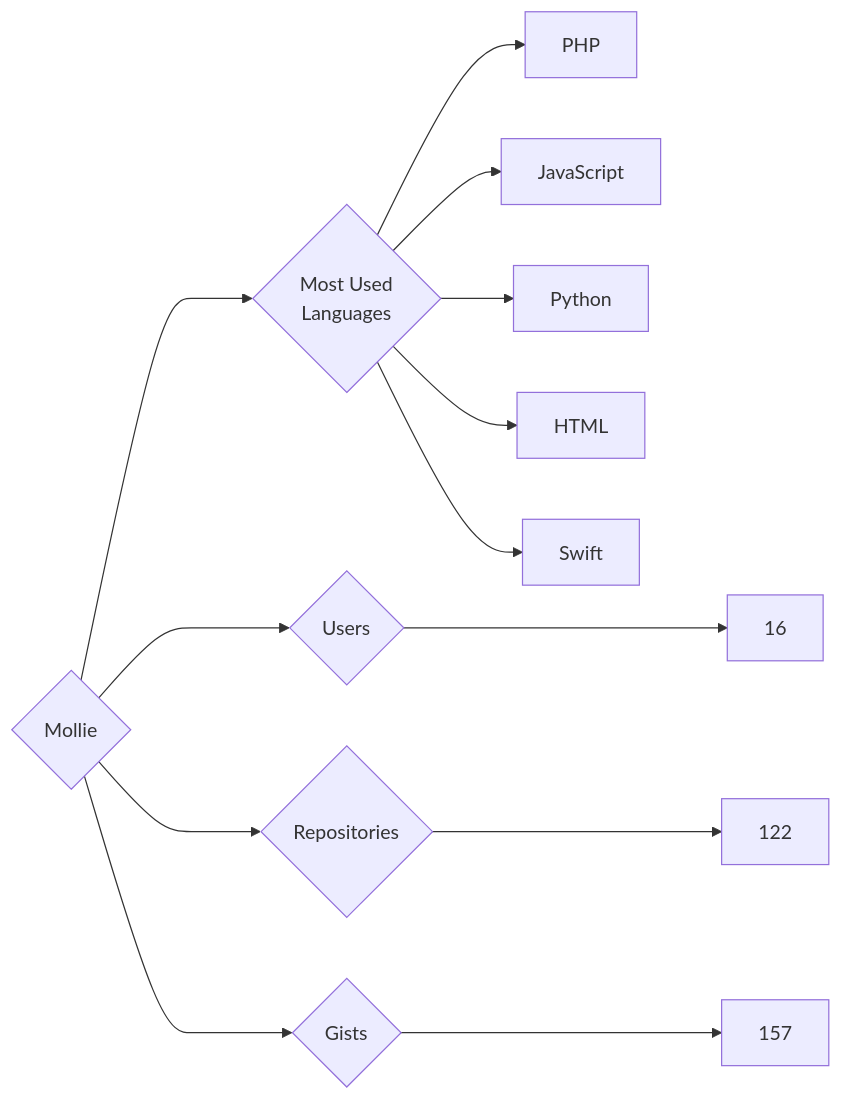
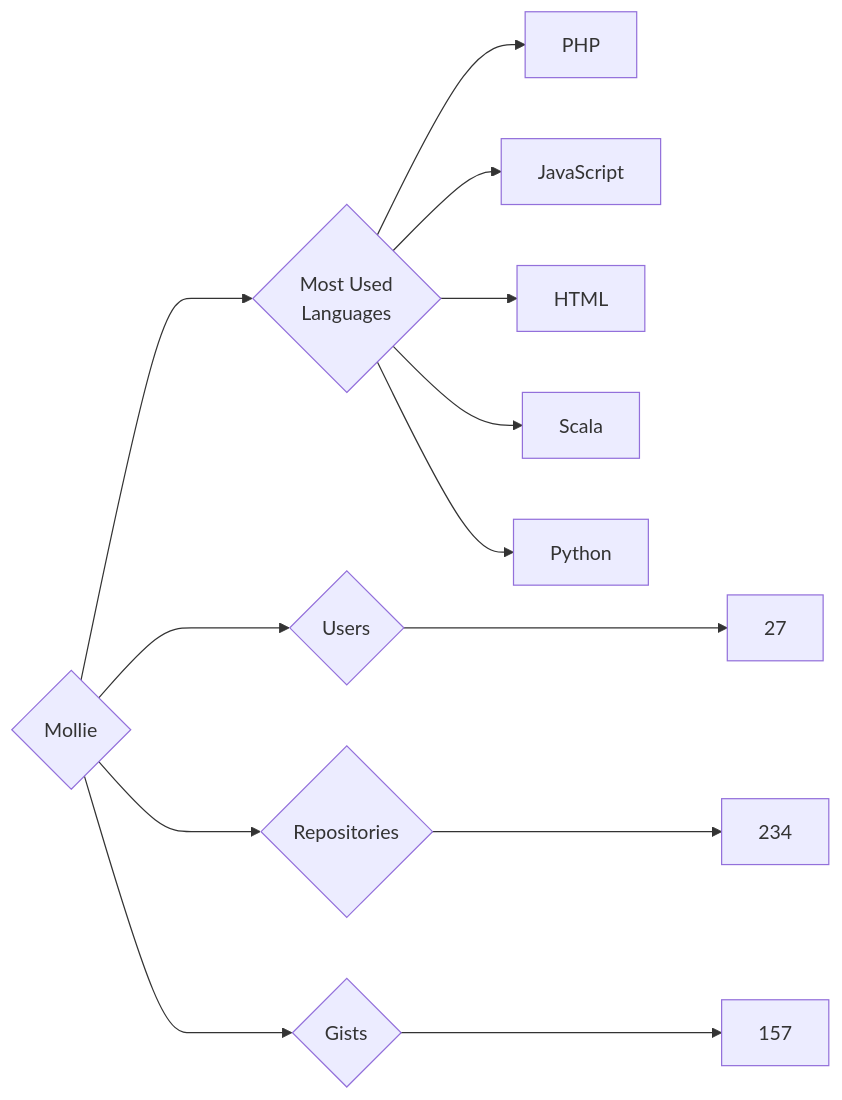
One commit to trickest/insiders changed the diagram in targets/Mollie/README.md. Above: the diagram before and after it, drawn with Mermaid. The commit also changed 799 other files, not shown here.

````diff
--- a/targets/Mollie/README.md
+++ b/targets/Mollie/README.md
@@ -3,13 +3,13 @@
 ```mermaid
 graph LR
 COMPANY_NAME{Mollie}
-COMPANY_NAME ---> U{Users} ---> UN[16]
-COMPANY_NAME ---> R{Repositories} ---> RN[122]
+COMPANY_NAME ---> U{Users} ---> UN[27]
+COMPANY_NAME ---> R{Repositories} ---> RN[234]
 COMPANY_NAME ---> G{Gists} ---> GN[157]
 COMPANY_NAME ---> ML{Most Used<br>Languages}
 ML --> PHP[PHP]
 ML --> JavaScript[JavaScript]
+ML --> HTML[HTML]
+ML --> Scala[Scala]
 ML --> Python[Python]
-ML --> HTML[HTML]
-ML --> Swift[Swift]
 ```
````
